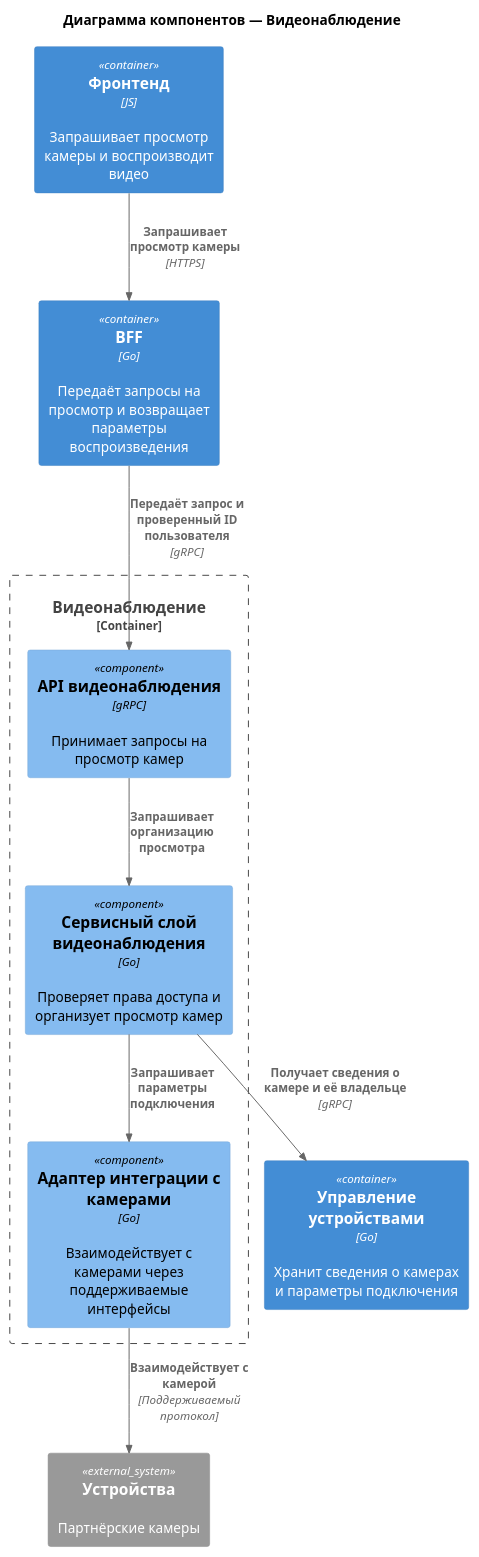
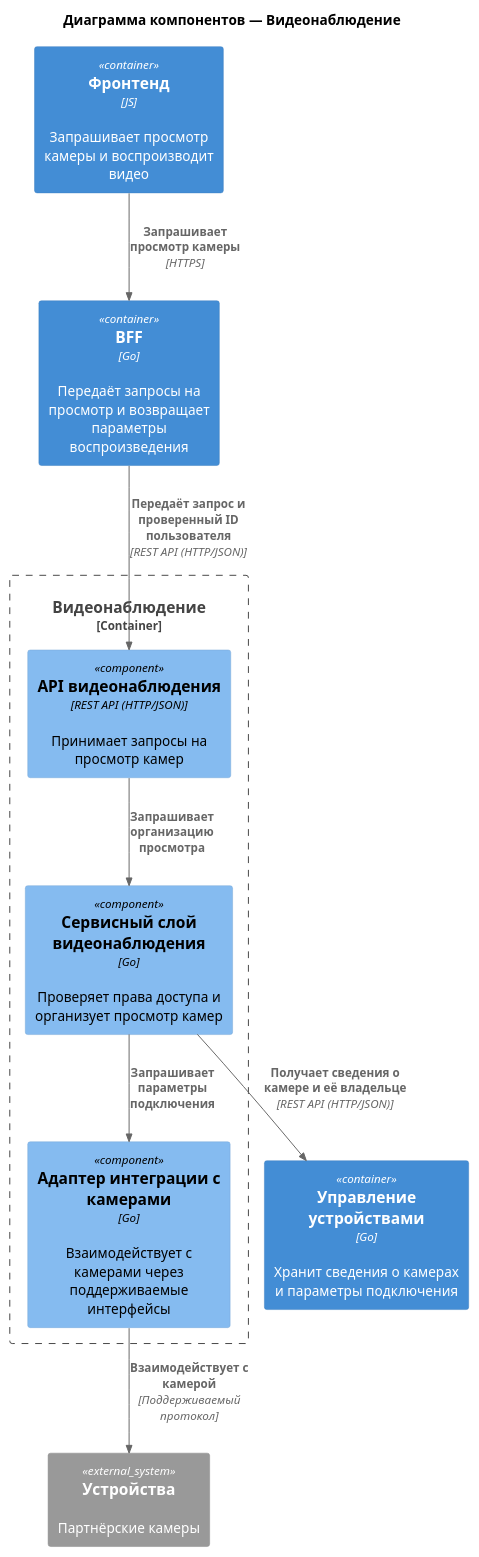
Before and after one commit to NikolosHGW/architecture-pro-warmhouse: the diagram in schemas/2/component/components-video.puml, drawn with PlantUML. The commit also changed 4 other files, not shown here.

```diff
--- a/schemas/2/component/components-video.puml
+++ b/schemas/2/component/components-video.puml
@@ -1,26 +1,26 @@
 @startuml
 !include <C4/C4_Component>
 
 title Диаграмма компонентов — Видеонаблюдение
 
 Container(web_client, "Фронтенд", "JS", "Запрашивает просмотр камеры и воспроизводит видео")
 Container(bff, "BFF", "Go", "Передаёт запросы на просмотр и возвращает параметры воспроизведения")
 Container(devices, "Управление устройствами", "Go", "Хранит сведения о камерах и параметры подключения")
 System_Ext(user_devices, "Устройства", "Партнёрские камеры")
 
 Container_Boundary(video, "Видеонаблюдение") {
-    Component(video_handler, "API видеонаблюдения", "gRPC", "Принимает запросы на просмотр камер")
+    Component(video_handler, "API видеонаблюдения", "REST API (HTTP/JSON)", "Принимает запросы на просмотр камер")
 
     Component(video_service, "Сервисный слой видеонаблюдения", "Go", "Проверяет права доступа и организует просмотр камер")
 
     Component(camera_client, "Адаптер интеграции с камерами", "Go", "Взаимодействует с камерами через поддерживаемые интерфейсы")
 }
 
 Rel(web_client, bff, "Запрашивает просмотр камеры", "HTTPS")
-Rel(bff, video_handler, "Передаёт запрос и проверенный ID пользователя", "gRPC")
+Rel(bff, video_handler, "Передаёт запрос и проверенный ID пользователя", "REST API (HTTP/JSON)")
 Rel(video_handler, video_service, "Запрашивает организацию просмотра")
-Rel(video_service, devices, "Получает сведения о камере и её владельце", "gRPC")
+Rel(video_service, devices, "Получает сведения о камере и её владельце", "REST API (HTTP/JSON)")
 Rel(video_service, camera_client, "Запрашивает параметры подключения")
 Rel(camera_client, user_devices, "Взаимодействует с камерой", "Поддерживаемый протокол")
 
 @enduml
```
